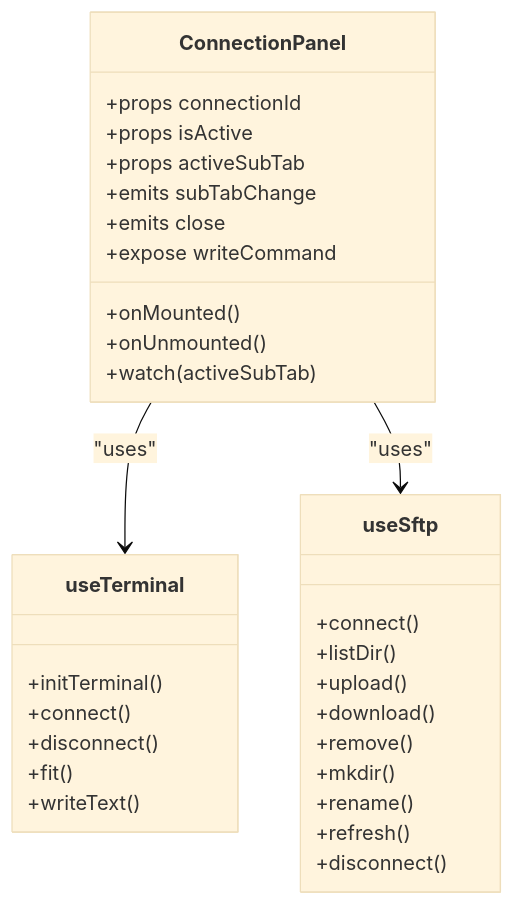
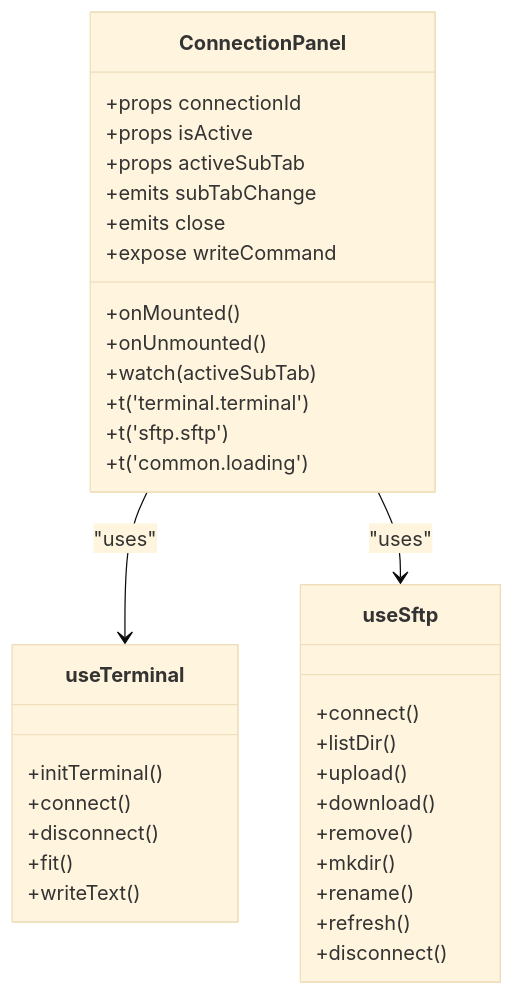
The eighth of 11 diagrams in .qoder/repowiki/en/content/Frontend Application Architecture/Vue.js Application Structure.md (alickjoe/webterm), drawn with Mermaid (base theme) before and after one commit. The commit also changed other lines of this file and 3 other files, not shown here.

First line of the commit message:
docs(architecture): 更新架构概览文档内容排版和格式

````diff
--- a/.qoder/repowiki/en/content/Frontend Application Architecture/Vue.js Application Structure.md
+++ b/.qoder/repowiki/en/content/Frontend Application Architecture/Vue.js Application Structure.md
@@ -332,34 +432,37 @@
 ```mermaid
 classDiagram
 class ConnectionPanel {
 +props connectionId
 +props isActive
 +props activeSubTab
 +emits subTabChange
 +emits close
 +expose writeCommand
 +onMounted()
 +onUnmounted()
 +watch(activeSubTab)
++t('terminal.terminal')
++t('sftp.sftp')
++t('common.loading')
 }
 class useTerminal {
 +initTerminal()
 +connect()
 +disconnect()
 +fit()
 +writeText()
 }
 class useSftp {
 +connect()
 +listDir()
 +upload()
 +download()
 +remove()
 +mkdir()
 +rename()
 +refresh()
 +disconnect()
 }
 ConnectionPanel --> useTerminal : "uses"
 ConnectionPanel --> useSftp : "uses"
 ```
````
